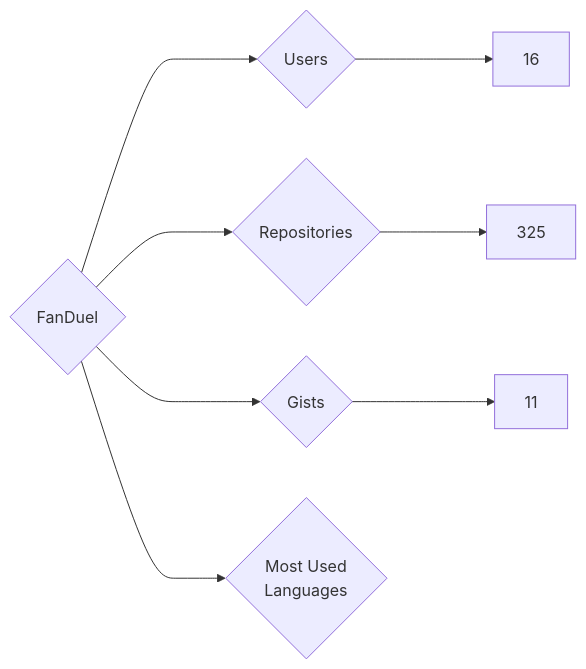
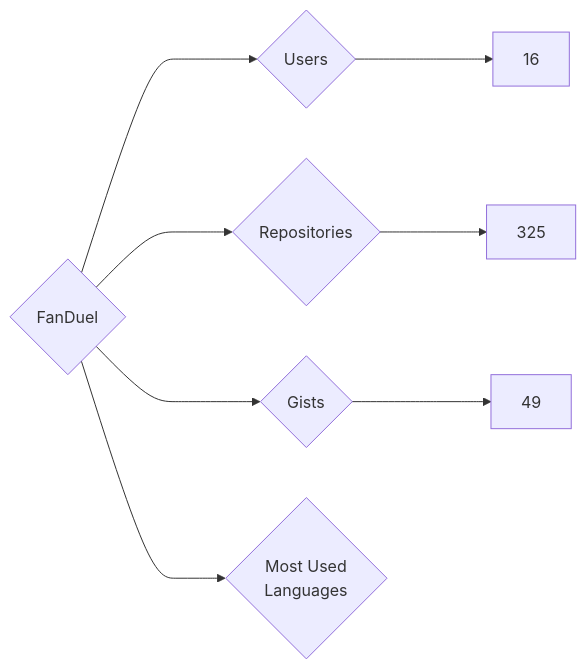
The diagram in targets/FanDuel/README.md (nenadzaric/insiders), drawn with Mermaid before and after one commit. The commit also changed 1342 other files, not shown here.

````diff
--- a/targets/FanDuel/README.md
+++ b/targets/FanDuel/README.md
@@ -3,8 +3,8 @@
 ```mermaid
 graph LR
 COMPANY_NAME{FanDuel}
 COMPANY_NAME ---> U{Users} ---> UN[16]
 COMPANY_NAME ---> R{Repositories} ---> RN[325]
-COMPANY_NAME ---> G{Gists} ---> GN[11]
+COMPANY_NAME ---> G{Gists} ---> GN[49]
 COMPANY_NAME ---> ML{Most Used<br>Languages}
 ```
````
